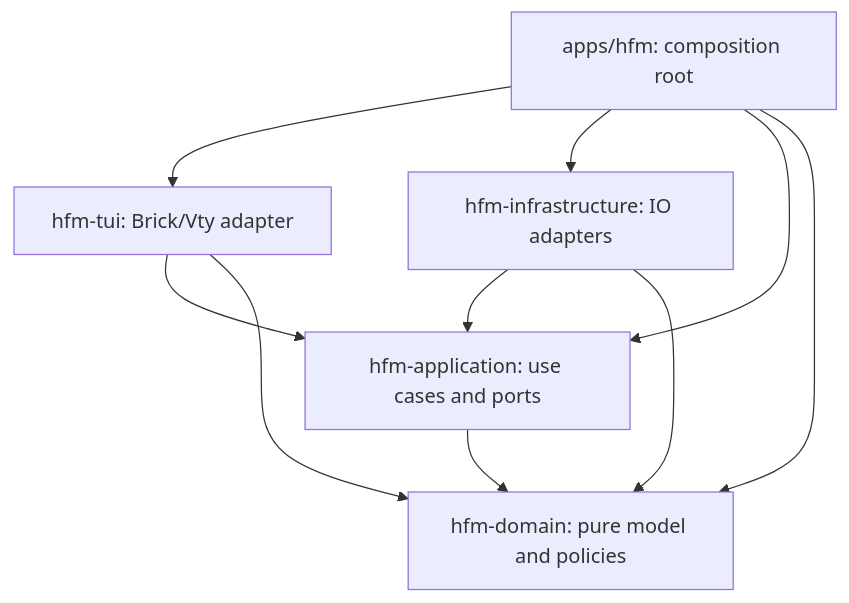
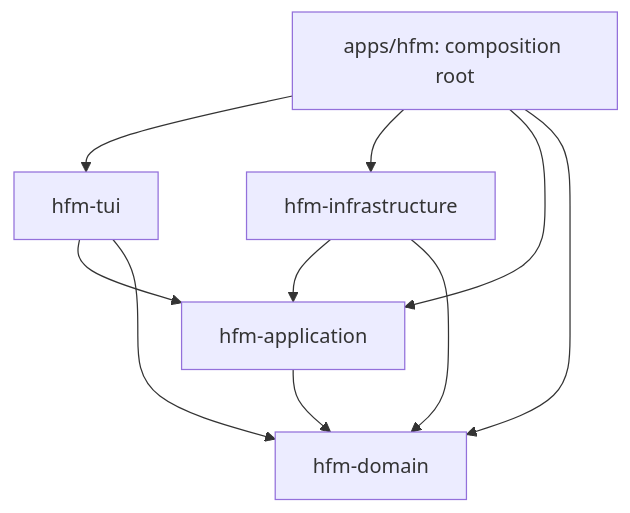
One commit to mingyuchoo/study-series-for-haskell changed the diagram in TUI/tui-brick-fm/docs/ARCHITECTURE.md. Above: the diagram before and after it, drawn with Mermaid. The commit also changed other lines of this file and 35 other files, not shown here.

````diff
--- a/TUI/tui-brick-fm/docs/ARCHITECTURE.md
+++ b/TUI/tui-brick-fm/docs/ARCHITECTURE.md
@@ -23,12 +29,12 @@
 ```mermaid
 flowchart TD
-  Main[apps/hfm: composition root] --> TUI[hfm-tui: Brick/Vty adapter]
-  Main --> Infra[hfm-infrastructure: IO adapters]
-  Main --> App[hfm-application: use cases and ports]
-  Main --> Domain[hfm-domain: pure model and policies]
+  Main[apps/hfm: composition root] --> TUI[hfm-tui]
+  Main --> Infra[hfm-infrastructure]
+  Main --> App[hfm-application]
+  Main --> Domain[hfm-domain]
   TUI --> App
   Infra --> App
   TUI --> Domain
   Infra --> Domain
   App --> Domain
 ```
````
